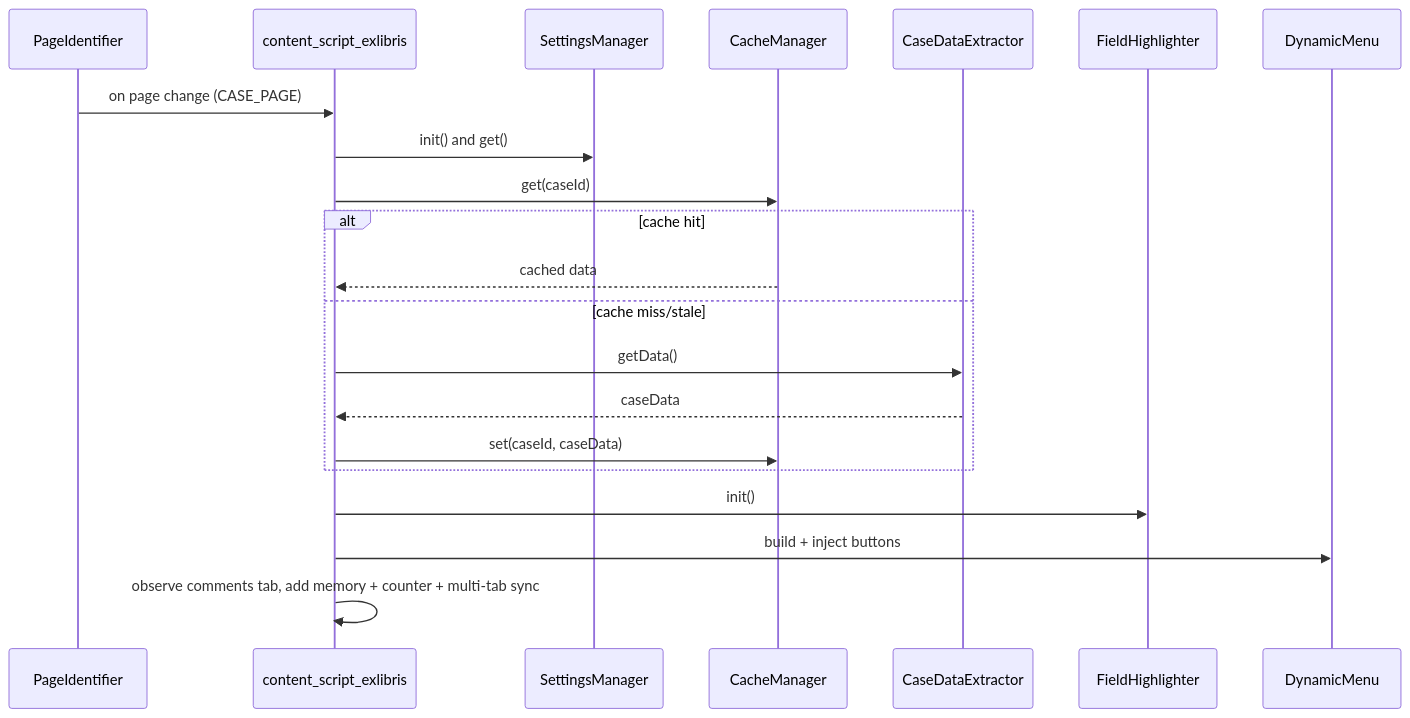
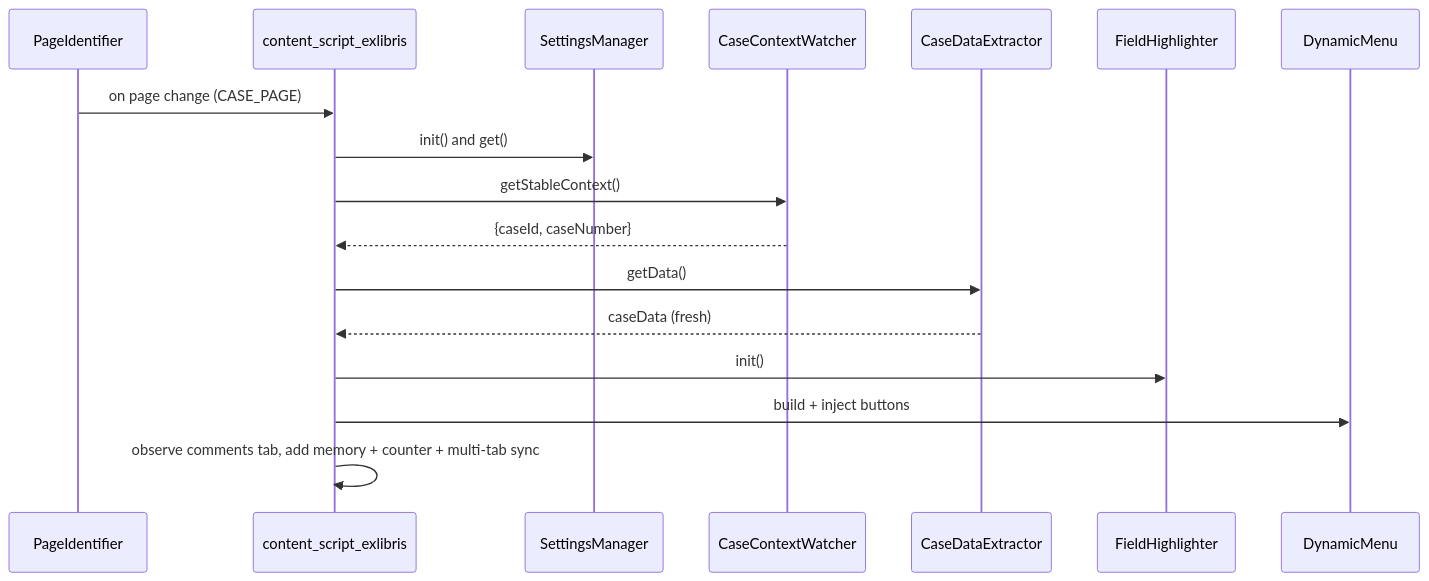
Before and after one commit to faaizhipa/forceUp: the first of 2 diagrams in explanation.md, drawn with Mermaid. The commit also changed other lines of this file and 23 other files, not shown here.

Commit message:
v7.2.1 fixes for case comment memory and case data extractor

````diff
--- a/explanation.md
+++ b/explanation.md
@@ -71,24 +71,20 @@
 ```mermaid
 sequenceDiagram
    participant PI as PageIdentifier
    participant EX as content_script_exlibris
    participant SM as SettingsManager
-   participant CM as CacheManager
+   participant CW as CaseContextWatcher
    participant DE as CaseDataExtractor
    participant FH as FieldHighlighter
    participant DM as DynamicMenu
 
    PI->>EX: on page change (CASE_PAGE)
    EX->>SM: init() and get()
-   EX->>CM: get(caseId)
-   alt cache hit
-      CM-->>EX: cached data
-   else cache miss/stale
-      EX->>DE: getData()
-      DE-->>EX: caseData
-      EX->>CM: set(caseId, caseData)
-   end
+   EX->>CW: getStableContext()
+   CW-->>EX: {caseId, caseNumber}
+   EX->>DE: getData()
+   DE-->>EX: caseData (fresh)
    EX->>FH: init()
    EX->>DM: build + inject buttons
    EX->>EX: observe comments tab, add memory + counter + multi-tab sync
 ```
````
